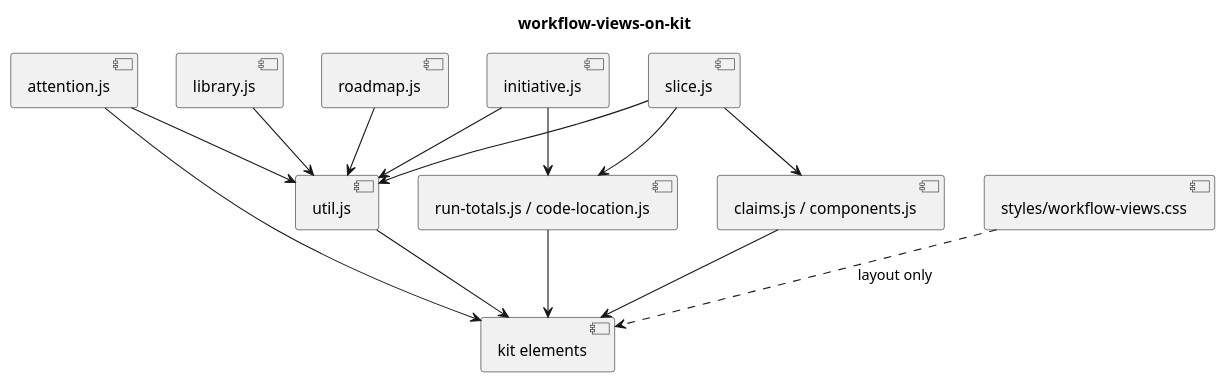
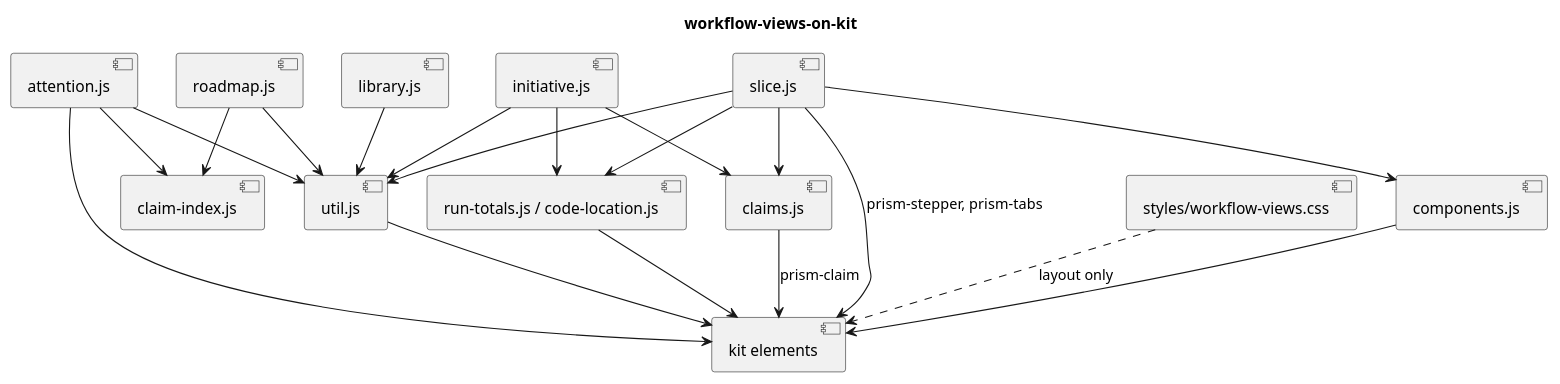
The diagram in docs/plans/review-app-ui-kit/workflow-views-on-kit/code.puml (RumyantsevMichael/Prism), drawn with PlantUML before and after one commit. The commit also changed 46 other files, not shown here.

```diff
--- a/docs/plans/review-app-ui-kit/workflow-views-on-kit/code.puml
+++ b/docs/plans/review-app-ui-kit/workflow-views-on-kit/code.puml
@@ -1,26 +1,34 @@
 @startuml
 title workflow-views-on-kit
 component "util.js" as util
 component "attention.js" as attention
 component "roadmap.js" as roadmap
 component "initiative.js" as initiative
 component "slice.js" as slice
 component "library.js" as library
-component "claims.js / components.js" as chips
+component "claims.js" as claims
+component "claim-index.js" as index
+component "components.js" as chips
 component "run-totals.js / code-location.js" as stats
 component "styles/workflow-views.css" as css
 component "kit elements" as kit
 attention --> util
 roadmap --> util
 initiative --> util
 slice --> util
 library --> util
+slice --> claims
+initiative --> claims
+roadmap --> index
+attention --> index
 slice --> chips
 slice --> stats
 initiative --> stats
 util --> kit
+claims --> kit : prism-claim
 chips --> kit
 stats --> kit
 attention --> kit
+slice --> kit : prism-stepper, prism-tabs
 css ..> kit : layout only
 @enduml
```
